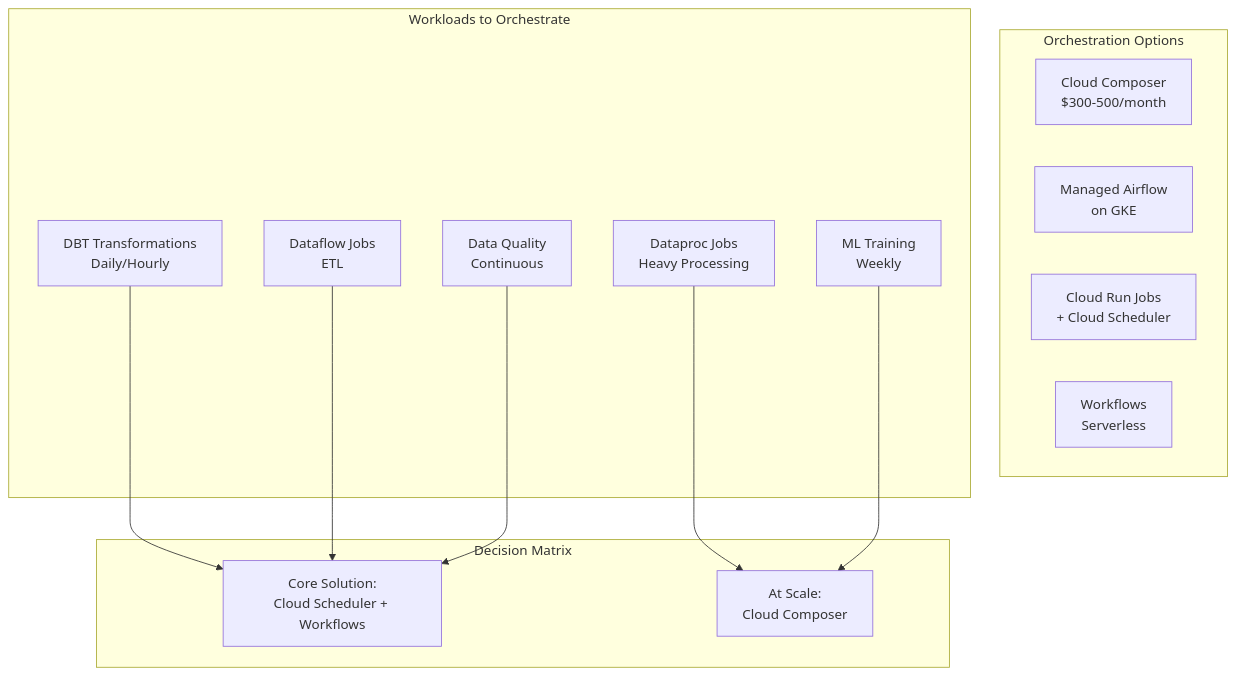
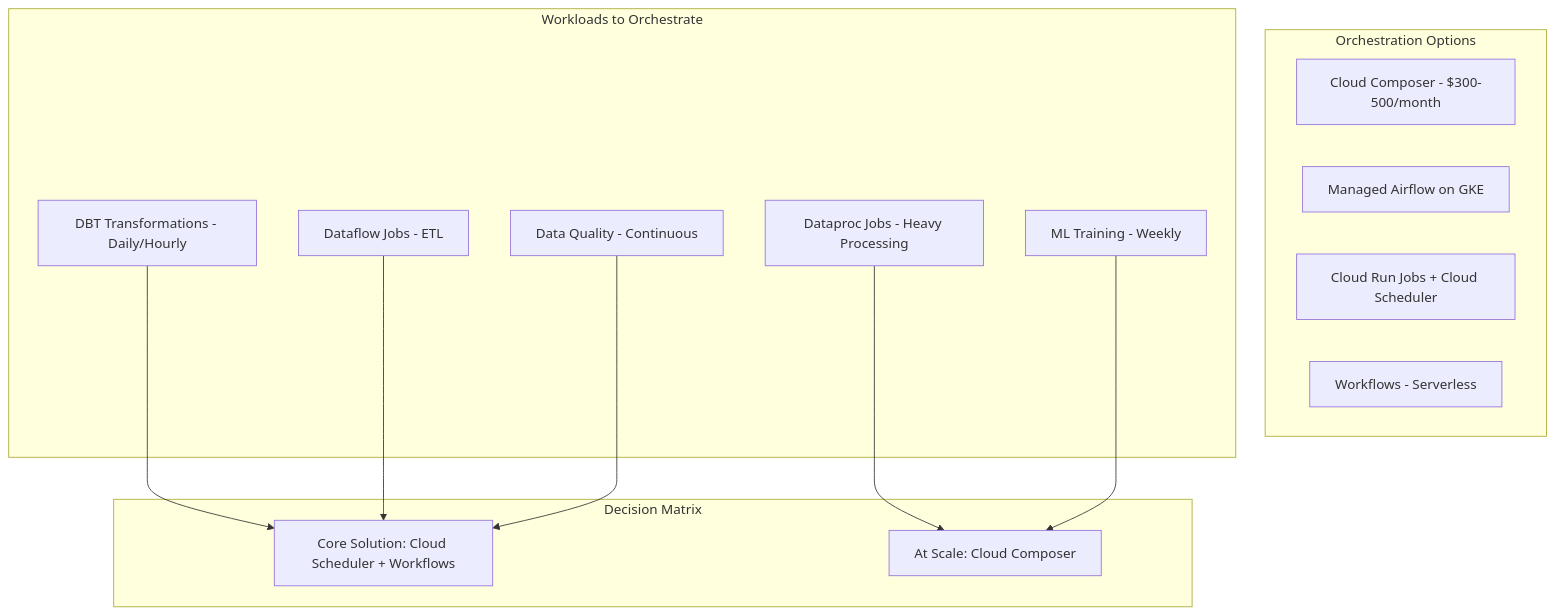
Before and after one commit to sitelight/jean-notes: diagram 11 of 18 in ARCHITECTURE.md, drawn with Mermaid. The commit also changed other lines of this file, not shown here.

````diff
--- a/ARCHITECTURE.md
+++ b/ARCHITECTURE.md
@@ -1419,28 +1396,28 @@
 ```mermaid
 graph TB
     subgraph "Orchestration Options"
-        CC[Cloud Composer<br/>$300-500/month]
-        MP[Managed Airflow<br/>on GKE]
-        CR[Cloud Run Jobs<br/>+ Cloud Scheduler]
-        WF[Workflows<br/>Serverless]
+        CC[Cloud Composer - $300-500/month]
+        MP[Managed Airflow on GKE]
+        CR[Cloud Run Jobs + Cloud Scheduler]
+        WF[Workflows - Serverless]
     end
     
     subgraph "Workloads to Orchestrate"
-        DBT[DBT Transformations<br/>Daily/Hourly]
-        DP[Dataproc Jobs<br/>Heavy Processing]
-        DF[Dataflow Jobs<br/>ETL]
-        ML[ML Training<br/>Weekly]
-        DQ[Data Quality<br/>Continuous]
+        DBT[DBT Transformations - Daily/Hourly]
+        DP[Dataproc Jobs - Heavy Processing]
+        DF[Dataflow Jobs - ETL]
+        ML[ML Training - Weekly]
+        DQ[Data Quality - Continuous]
     end
     
     subgraph "Decision Matrix"
-        CORE[Core Solution:<br/>Cloud Scheduler + Workflows]
-        SCALE[At Scale:<br/>Cloud Composer]
+        CORE[Core Solution: Cloud Scheduler + Workflows]
+        SCALE[At Scale: Cloud Composer]
     end
     
     DBT --> CORE
     DP --> SCALE
     DF --> CORE
     ML --> SCALE
     DQ --> CORE
 ```
````
